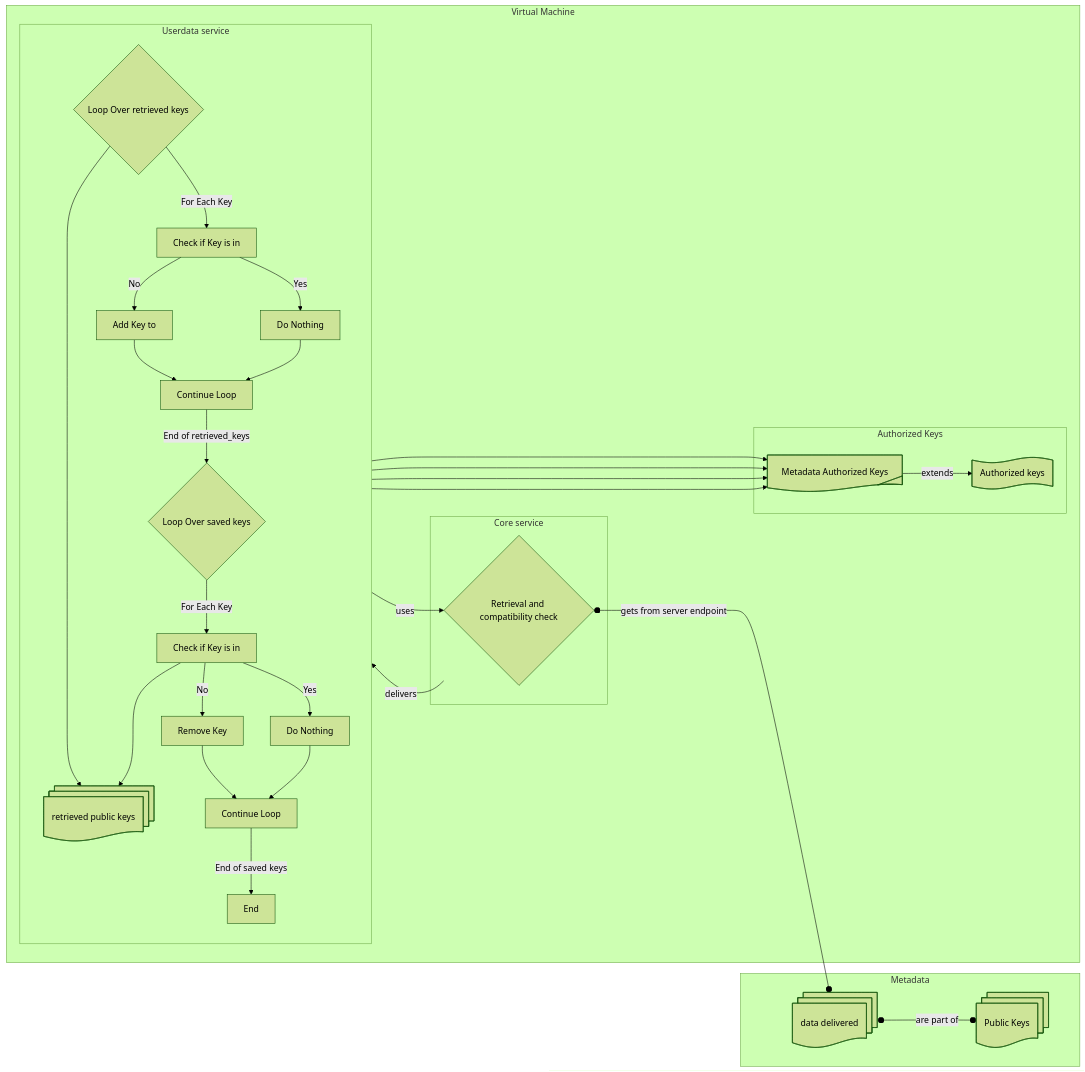
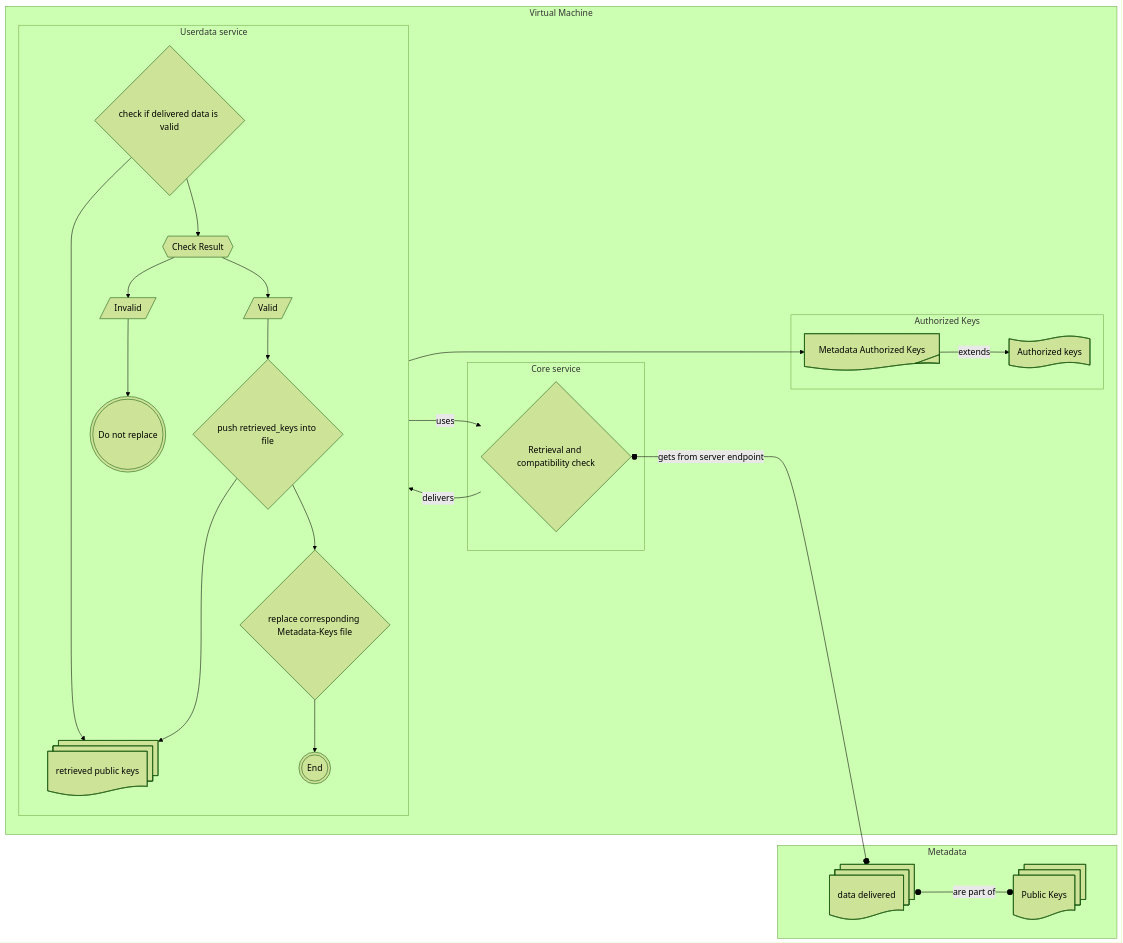
The diagram in descriptions/users/description.mmd (SimpleVM/metadata-service-roles), drawn with Mermaid (forest theme) before and after one commit.

Commit message:
adjusted mermaid chart for key-sync

```diff
--- a/descriptions/users/description.mmd
+++ b/descriptions/users/description.mmd
@@ -1,59 +1,50 @@
 flowchart LR
 
 subgraph Virtual Machine
 
     authkeys_gen@{ shape: flag, label: "Authorized keys" }
     authkeyf_spec@{ shape: tag-doc, label: "Metadata Authorized Keys" }
     authkeyf_spec -- extends --> authkeys_gen
     subgraph authkeys [Authorized Keys]
         authkeys_gen
         authkeyf_spec
     end
 
     subgraph core_service[Core service]
         retrieval_check{"Retrieval and compatibility check"}        
     end
 
     subgraph userdata_service[Userdata service]
     direction TB
         retrieved_keys@{ shape: docs, label: "retrieved public keys" }
-        D{Loop Over retrieved keys}
+        A{check if delivered data is valid}
+        A o--> retrieved_keys
+        A --> B@{ shape: hex, label: "Check Result" }
+        B --> X@{ shape: lean-r, label: "Invalid" }
+        X --> XY@{ shape: dbl-circ, label: "Do not replace" }
+        B --> Y@{ shape: lean-r, label: "Valid" }
+        Y --> D
+ 
+        D{push retrieved_keys into file}
         D o--> retrieved_keys
         
-        D -->|For Each Key| E[Check if Key is in]
+        D --> E
         E o--> authkeyf_spec
-        E -->|Yes| F[Do Nothing]
-        E -->|No| G[Add Key to]
-        G o--> authkeyf_spec
-        G --> H[Continue Loop]
-        F --> H
-
-        H -->|End of retrieved_keys| I{Loop Over saved keys}
-        I o--> authkeyf_spec
-
-        
-        I -->|For Each Key| J[Check if Key is in]
-        J o--> retrieved_keys
-        J -->|Yes| K[Do Nothing]
-        J -->|No| L[Remove Key]
-        L o--> authkeyf_spec
-        L --> M[Continue Loop]
-        K --> M
-
-        M -->|End of saved keys| N[End]
+        E{replace corresponding Metadata-Keys file}
+        E --> N@{ shape: dbl-circ, label: "End" }
         
     end
     userdata_service -- uses --> retrieval_check
     retrieval_check -- delivers --> retrieved_keys
 
 end
 
 subgraph Metadata
     data o-- are part of --o keys
     keys@{ shape: docs, label: "Public Keys" }
     data@{ shape: docs, label: "data delivered" }
     
     
 end
 
 retrieval_check o-- gets from server endpoint --o data
```
